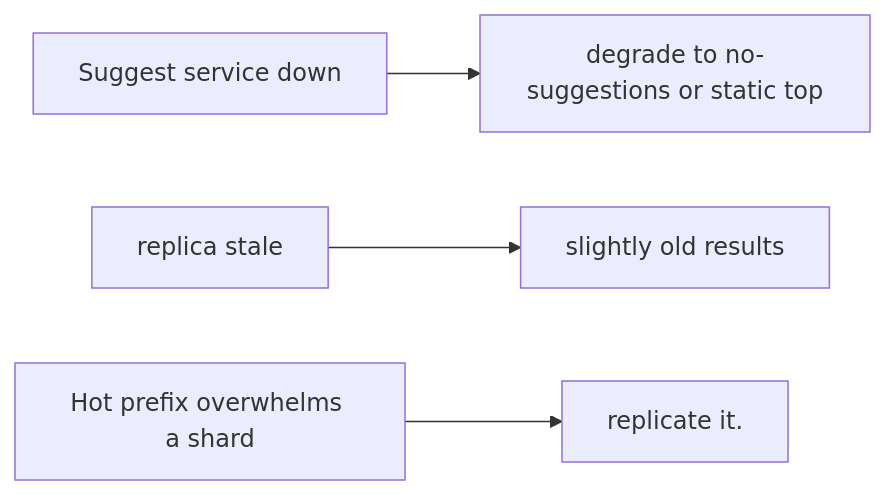
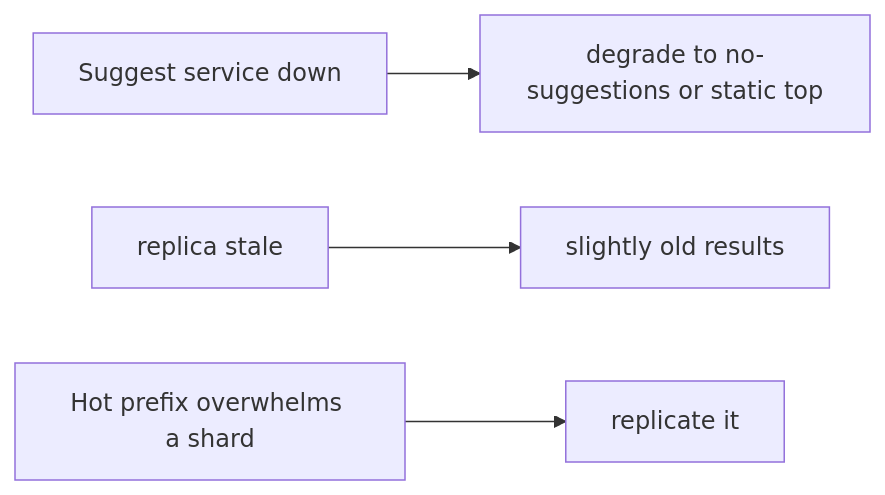
The third of 3 diagrams in case-studies/intermediate/search-autocomplete.md (RIT-MESH/system-design-mastery), drawn with Mermaid before and after one commit. The commit also changed other lines of this file and 215 other files, not shown here.

First line of the commit message:
Complete all remaining work: expand case studies, add 13 AI case studies, fix diagrams, status to Complete

````diff
--- a/case-studies/intermediate/search-autocomplete.md
+++ b/case-studies/intermediate/search-autocomplete.md
@@ -134,13 +167,13 @@
 ```mermaid
 %% created-for: system-design-mastery
 flowchart LR
   C1["Suggest service down"]
   R2["degrade to no-suggestions or static top"]
   C1 --> R2
   C3["replica stale"]
   R4["slightly old results"]
   C3 --> R4
   C5["Hot prefix overwhelms a shard"]
-  R6["replicate it."]
+  R6["replicate it"]
   C5 --> R6
 ```
````
